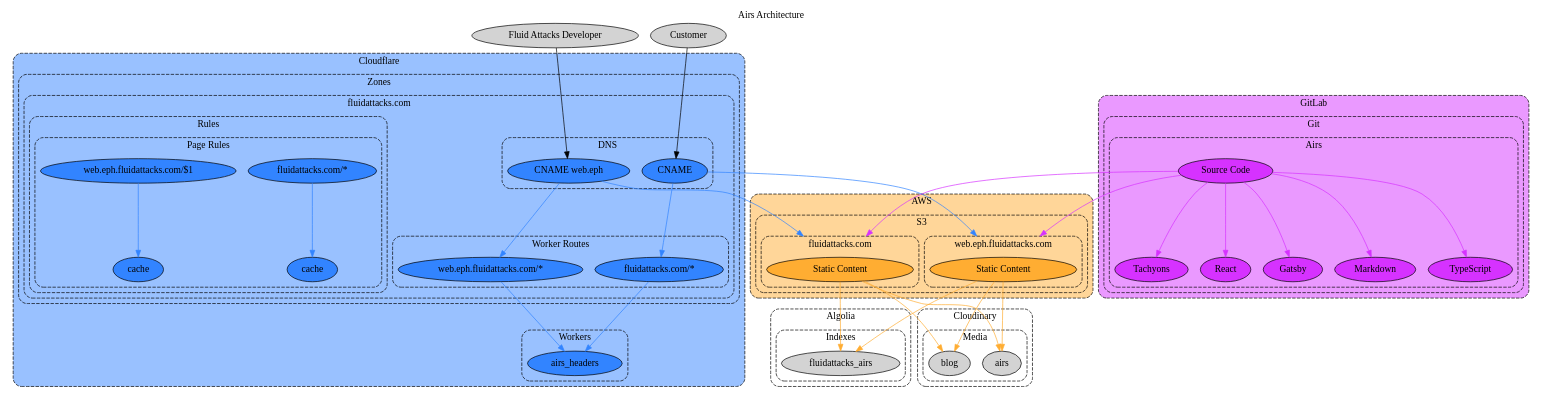
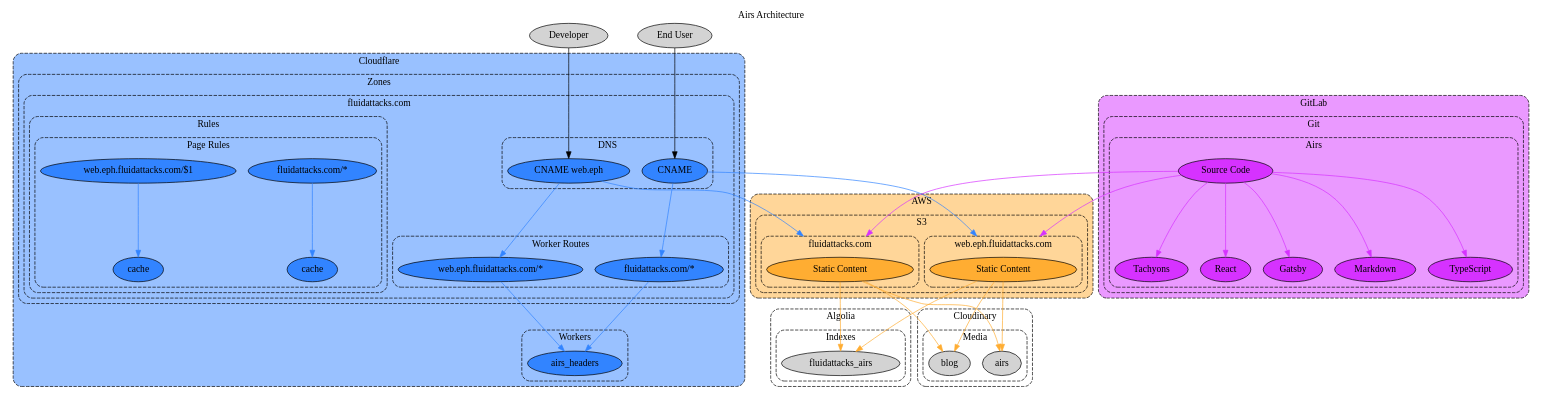
Before and after one commit to jeanbaptistemora/fluidattacks-universe2: the diagram in docs/src/docs/development/products/airs-arch.dot, drawn with Graphviz. The commit also changed 3 other files, not shown here.

```diff
--- a/docs/src/docs/development/products/airs-arch.dot
+++ b/docs/src/docs/development/products/airs-arch.dot
@@ -1,164 +1,164 @@
 // SPDX-FileCopyrightText: 2022 Fluid Attacks <development@fluidattacks.com>
 //
 // SPDX-License-Identifier: MPL-2.0
 
 digraph airs {
   label="Airs Architecture"
   labelloc="t"
   compound="true"
   concentrate="true"
   scale="scalexy"
 
   node[style="filled"]
   graph[style="dashed,rounded"]
 
   subgraph cluster_algolia {
     label="Algolia"
     bgcolor="/x11/white"
     node[fillcolor="/x11/lightgray"]
 
     subgraph cluster_algolia_index {
       label="Indexes"
 
       algolia_airs[label="fluidattacks_airs"]
     }
   }
 
   subgraph cluster_aws {
     label="AWS"
     bgcolor="0.1 0.4 1.0"
     node[fillcolor="0.1 0.8 1.0"]
 
     subgraph cluster_aws_s3 {
       label="S3"
 
       subgraph cluster_aws_s3_airs_dev {
         label="web.eph.fluidattacks.com"
 
         aws_s3_airs_dev_static[label="Static Content" width="3.0"]
       }
 
       subgraph cluster_aws_s3_airs_prod {
         label="fluidattacks.com"
 
         aws_s3_airs_prod_static[label="Static Content" width="3.0"]
       }
     }
   }
 
   subgraph cluster_cloudflare {
     label="Cloudflare"
     bgcolor="0.6 0.4 1.0"
     node[fillcolor="0.6 0.8 1.0"]
 
     subgraph cluster_cloudflare_workers {
       label="Workers"
 
       cluster_cloudflare_workers_airs_headers[label="airs_headers"]
     }
 
     subgraph cluster_cloudflare_zones {
       label="Zones"
 
       subgraph cluster_cloudflare_zone_fluidattacks_com {
         label="fluidattacks.com"
 
         subgraph cluster_cloudflare_zone_fluidattacks_com_dns {
           label="DNS"
 
           cloudflare_zone_fluidattacks_com_dns_cname[label="CNAME"]
           cloudflare_zone_fluidattacks_com_dns_cname_web_eph[label="CNAME web.eph"]
         }
 
         subgraph cluster_cloudflare_zone_fluidattacks_com_rules {
           label="Rules"
 
           subgraph cluster_cloudflare_zone_fluidattacks_com_rules_page {
             label="Page Rules"
 
             cloudflare_zone_fluidattacks_com_rules_page[label="fluidattacks.com/*"]
             cloudflare_zone_fluidattacks_com_rules_page_cache[label="cache"]
             cloudflare_zone_fluidattacks_com_rules_page_web_eph[label="web.eph.fluidattacks.com/$1"]
             cloudflare_zone_fluidattacks_com_rules_page_web_eph_cache[label="cache"]
           }
         }
 
         subgraph cluster_cloudflare_zone_fluidattacks_com_worker_routes {
           label="Worker Routes"
 
           cloudflare_zone_fluidattacks_com_worker_route_dev[label="web.eph.fluidattacks.com/*"]
           cloudflare_zone_fluidattacks_com_worker_route_prod[label="fluidattacks.com/*"]
         }
       }
     }
   }
 
   subgraph cluster_cloudinary {
     label="Cloudinary"
     bgcolor="/x11/white"
     node[fillcolor="/x11/lightgray"]
 
     subgraph cluster_cloudinary_media {
       label="Media"
 
       cloudinary_media_airs[label="airs"]
       cloudinary_media_blog[label="blog"]
     }
   }
 
   subgraph cluster_gitlab {
     label="GitLab"
     bgcolor="0.8 0.4 1.0"
     node[fillcolor="0.8 0.8 1.0"]
 
     subgraph cluster_gitlab_git {
       label="Git"
 
       subgraph cluster_gitlab_airs {
         label="Airs"
 
         gitlab_airs[label="Source Code"]
         gitlab_airs_gatsby[label="Gatsby"]
         gitlab_airs_markdown[label="Markdown"]
         gitlab_airs_typescript[label="TypeScript"]
         gitlab_airs_tachyons[label="Tachyons"]
         gitlab_airs_react[label="React"]
       }
     }
   }
 
   edge[color="0.1 0.8 1.0"]
   aws_s3_airs_dev_static -> algolia_airs[]
   aws_s3_airs_dev_static -> cloudinary_media_blog[]
   aws_s3_airs_dev_static -> cloudinary_media_airs[]
   aws_s3_airs_prod_static -> algolia_airs[]
   aws_s3_airs_prod_static -> cloudinary_media_blog[]
   aws_s3_airs_prod_static -> cloudinary_media_airs[]
 
   edge[color="0.6 0.8 1.0"]
   cloudflare_zone_fluidattacks_com_worker_route_dev -> cluster_cloudflare_workers_airs_headers[]
   cloudflare_zone_fluidattacks_com_worker_route_prod -> cluster_cloudflare_workers_airs_headers[]
   cloudflare_zone_fluidattacks_com_dns_cname -> cloudflare_zone_fluidattacks_com_worker_route_prod[]
   cloudflare_zone_fluidattacks_com_dns_cname_web_eph -> cloudflare_zone_fluidattacks_com_worker_route_dev[]
   cloudflare_zone_fluidattacks_com_dns_cname -> aws_s3_airs_dev_static[lhead="cluster_aws_s3_airs_dev"]
   cloudflare_zone_fluidattacks_com_dns_cname_web_eph -> aws_s3_airs_prod_static[lhead="cluster_aws_s3_airs_prod"]
   cloudflare_zone_fluidattacks_com_rules_page -> cloudflare_zone_fluidattacks_com_rules_page_cache[]
   cloudflare_zone_fluidattacks_com_rules_page_web_eph -> cloudflare_zone_fluidattacks_com_rules_page_web_eph_cache[]
 
   edge[color="0.8 0.8 1.0"]
   gitlab_airs -> aws_s3_airs_dev_static[lhead="cluster_aws_s3_airs_dev"]
   gitlab_airs -> aws_s3_airs_prod_static[lhead="cluster_aws_s3_airs_prod"]
   gitlab_airs -> gitlab_airs_gatsby[]
   gitlab_airs -> gitlab_airs_markdown[]
   gitlab_airs -> gitlab_airs_typescript[]
   gitlab_airs -> gitlab_airs_tachyons[]
   gitlab_airs -> gitlab_airs_react[]
 
   node[fillcolor="/x11/lightgray"]
-  customer[label="Customer"]
-  fluid_attacks_developer[label="Fluid Attacks Developer"]
+  customer[label="End User"]
+  fluid_attacks_developer[label="Developer"]
 
   edge[color="/x11/black"]
   customer -> cloudflare_zone_fluidattacks_com_dns_cname[]
   fluid_attacks_developer -> cloudflare_zone_fluidattacks_com_dns_cname_web_eph[]
 }
```
